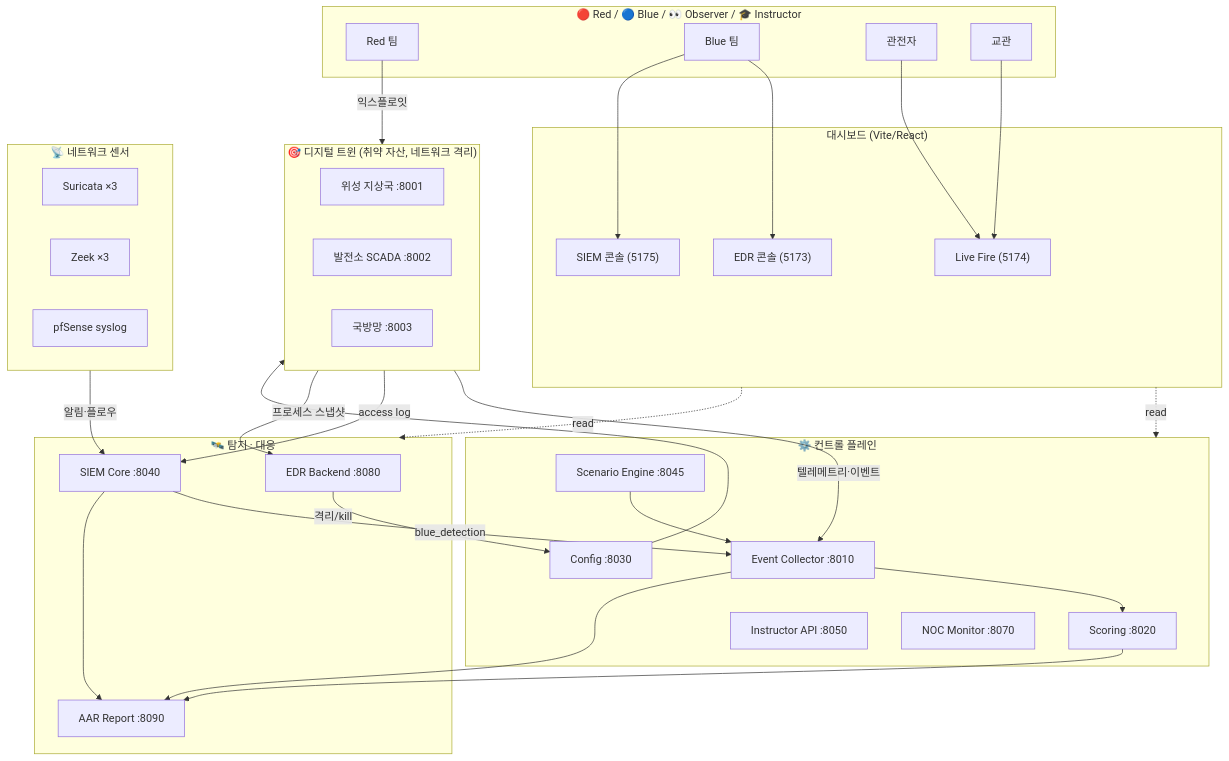
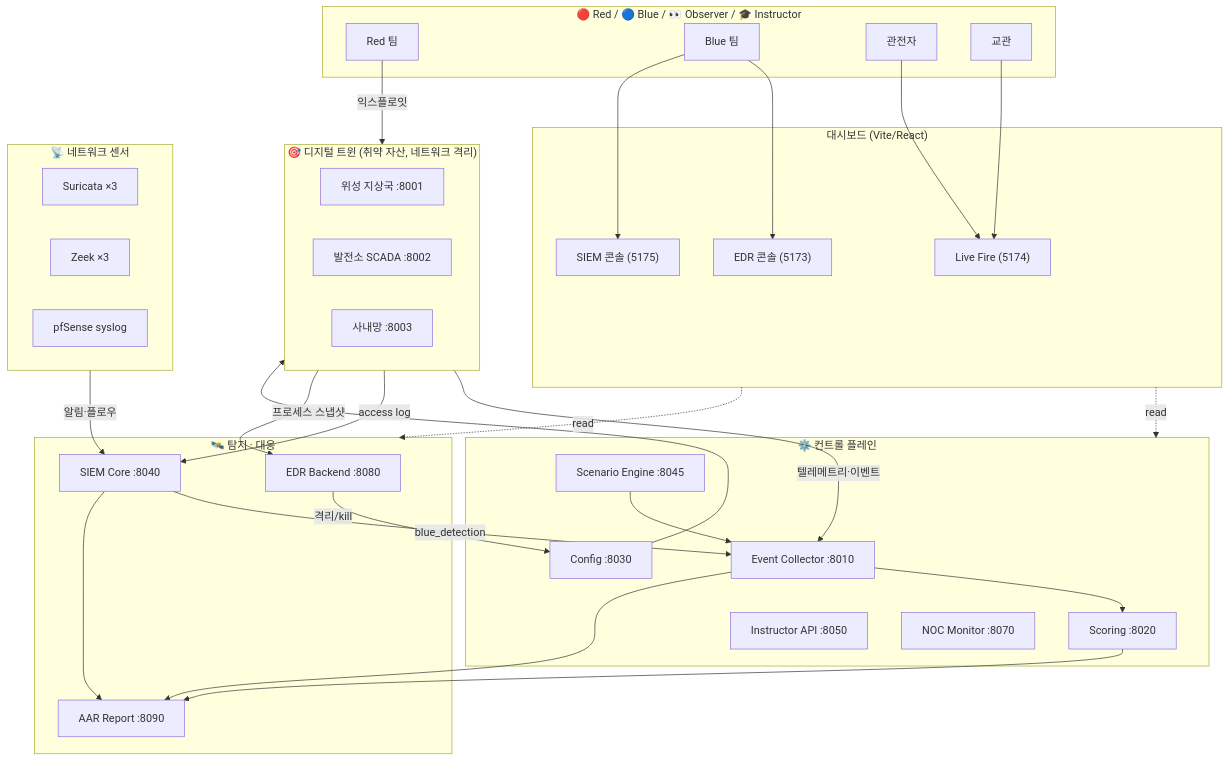
The diagram in README.md (MintKangaroo/Cyber-Offensive-and-Defensive-Exercise), drawn with Mermaid before and after one commit. The commit also changed other lines of this file and 14 other files, not shown here.

First line of the commit message:
feat: 자산명 국방망→사내망 + 트윈 취약 서비스 6종 추가(14→20)

````diff
--- a/README.md
+++ b/README.md
@@ -46,42 +47,42 @@
 ```mermaid
 flowchart TB
     subgraph Users["🔴 Red / 🔵 Blue / 👀 Observer / 🎓 Instructor"]
         RT["Red 팀"]; BT["Blue 팀"]; OB["관전자"]; IN["교관"]
     end
 
     subgraph Dashboards["대시보드 (Vite/React)"]
         LF["Live Fire (5174)"]; SIEMUI["SIEM 콘솔 (5175)"]; EDRUI["EDR 콘솔 (5173)"]
     end
 
     subgraph Twins["🎯 디지털 트윈 (취약 자산, 네트워크 격리)"]
-        GS["위성 지상국 :8001"]; PP["발전소 SCADA :8002"]; DN["국방망 :8003"]
+        GS["위성 지상국 :8001"]; PP["발전소 SCADA :8002"]; DN["사내망 :8003"]
     end
 
     subgraph Core["⚙️ 컨트롤 플레인"]
         EC["Event Collector :8010"]; SC["Scoring :8020"]; CF["Config :8030"]
         SE["Scenario Engine :8045"]; IA["Instructor API :8050"]; NOC["NOC Monitor :8070"]
     end
 
     subgraph Defense["🛰️ 탐지 · 대응"]
         EDR["EDR Backend :8080"]; SIEM["SIEM Core :8040"]; AAR["AAR Report :8090"]
     end
 
     subgraph Sensors["📡 네트워크 센서"]
         SUR["Suricata ×3"]; ZK["Zeek ×3"]; PF["pfSense syslog"]
     end
 
     RT -->|익스플로잇| Twins
     BT --> EDRUI & SIEMUI
     OB & IN --> LF
     Twins -->|텔레메트리·이벤트| EC
     Twins -->|access log| SIEM
     Sensors -->|알림·플로우| SIEM
     Twins -->|프로세스 스냅샷| EDR
     EC --> SC
     EDR -->|격리/kill| CF --> Twins
     SE --> EC
     SIEM -->|blue_detection| EC
     SC & EC & SIEM --> AAR
     Dashboards -.read.-> Core
     Dashboards -.read.-> Defense
 ```
````
